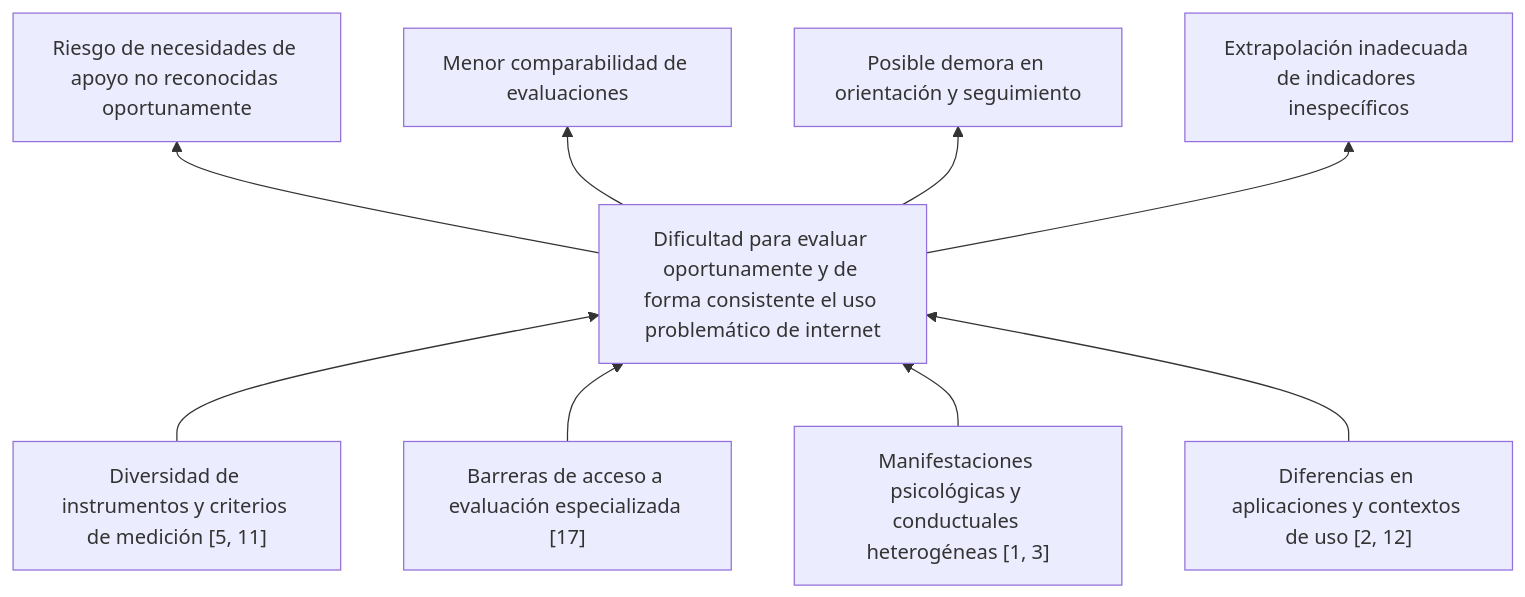
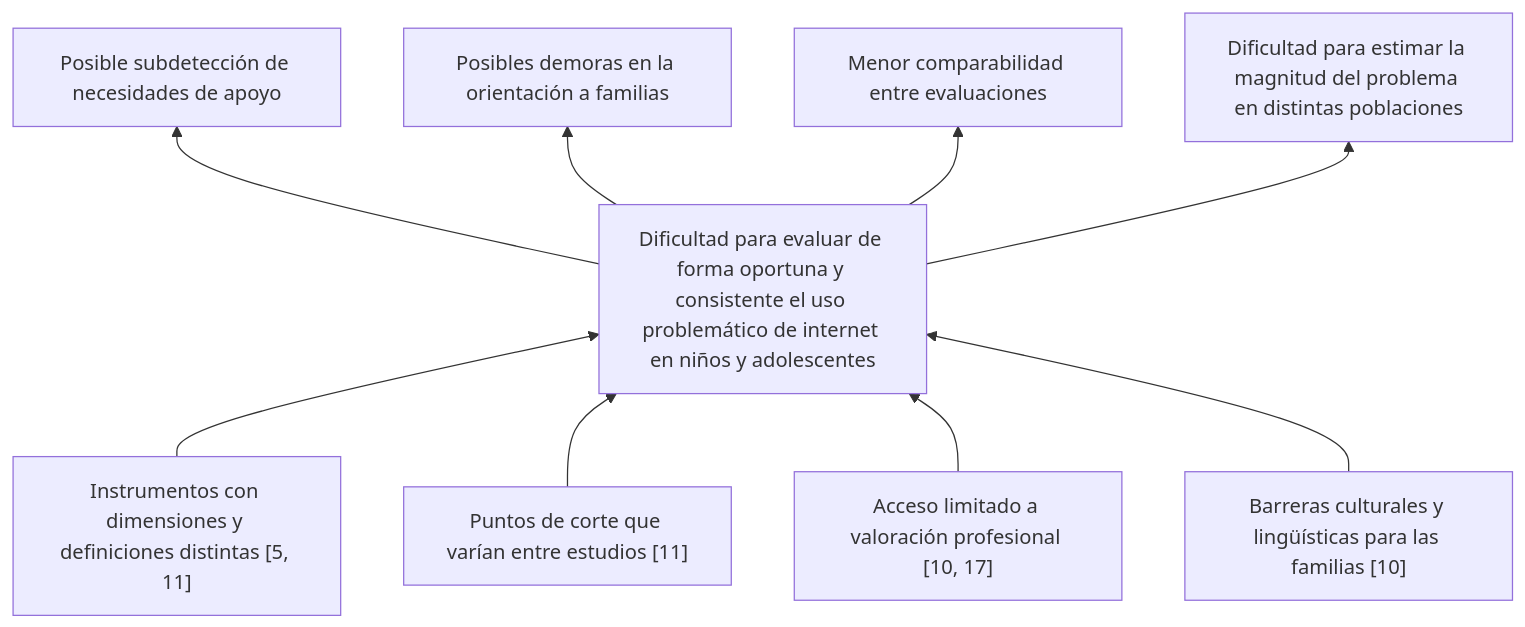
Before and after one commit to vivianaf926/UsoProblematicoInternet-VFP-MIAA-2026: the diagram in entrega_1/README.md, drawn with Mermaid. The commit also changed other lines of this file, not shown here.

````diff
--- a/entrega_1/README.md
+++ b/entrega_1/README.md
@@ -28,11 +28,11 @@
 ```mermaid
 flowchart BT
-    C1["Diversidad de instrumentos y criterios de medición [5, 11]"] --> P["Dificultad para evaluar oportunamente y de forma consistente el uso problemático de internet"]
-    C2["Barreras de acceso a evaluación especializada [17]"] --> P
-    C3["Manifestaciones psicológicas y conductuales heterogéneas [1, 3]"] --> P
-    C4["Diferencias en aplicaciones y contextos de uso [2, 12]"] --> P
-    P --> E1["Riesgo de necesidades de apoyo no reconocidas oportunamente"]
-    P --> E2["Menor comparabilidad de evaluaciones"]
-    P --> E3["Posible demora en orientación y seguimiento"]
-    P --> E4["Extrapolación inadecuada de indicadores inespecíficos"]
+    C1["Instrumentos con dimensiones y definiciones distintas [5, 11]"] --> P["Dificultad para evaluar de forma oportuna y consistente el uso problemático de internet en niños y adolescentes"]
+    C2["Puntos de corte que varían entre estudios [11]"] --> P
+    C3["Acceso limitado a valoración profesional [10, 17]"] --> P
+    C4["Barreras culturales y lingüísticas para las familias [10]"] --> P
+    P --> E1["Posible subdetección de necesidades de apoyo"]
+    P --> E2["Posibles demoras en la orientación a familias"]
+    P --> E3["Menor comparabilidad entre evaluaciones"]
+    P --> E4["Dificultad para estimar la magnitud del problema en distintas poblaciones"]
 ```
````
